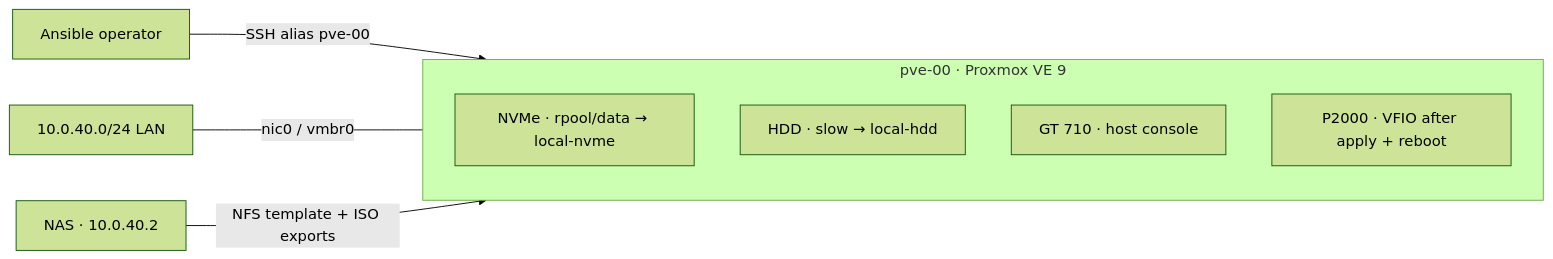
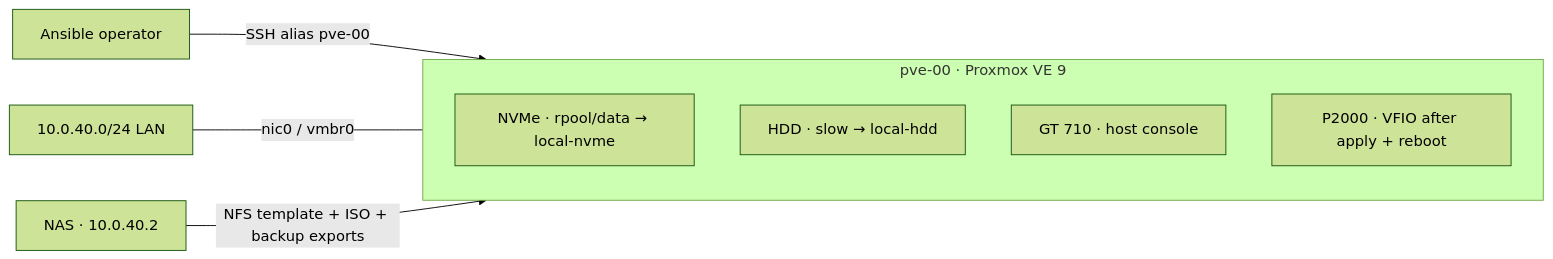
One commit to fabricesemti80/home-dc-proxmox changed the diagram in README.md. Above: the diagram before and after it, drawn with Mermaid (forest theme). The commit also changed other lines of this file and 5 other files, not shown here.

Commit message:
Register NAS VZDump backup storage

````diff
--- a/README.md
+++ b/README.md
@@ -7,12 +7,12 @@
 ```mermaid
 flowchart LR
     operator[Ansible operator] -->|SSH alias pve-00| host
     lan[10.0.40.0/24 LAN] ---|nic0 / vmbr0| host
-    nas[NAS · 10.0.40.2] -->|NFS template + ISO exports| host
+    nas[NAS · 10.0.40.2] -->|NFS template + ISO + backup exports| host
     subgraph host[pve-00 · Proxmox VE 9]
         zfs[NVMe · rpool/data → local-nvme]
         hdd[HDD · slow → local-hdd]
         console[GT 710 · host console]
         gpu[P2000 · VFIO after apply + reboot]
     end
 ```
````
